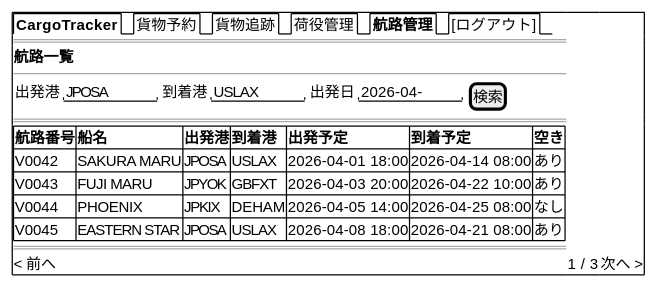
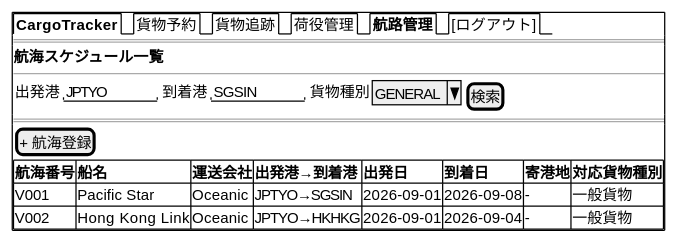
One commit to k2works/case-study-cargo-tracker changed diagram 13 of 19 in docs/design/ui_design.md. Above: the diagram before and after it, drawn with PlantUML. The commit also changed other lines of this file and 7 other files, not shown here.

````diff
--- a/docs/design/ui_design.md
+++ b/docs/design/ui_design.md
@@ -752,23 +779,20 @@
 ```plantuml
 @startsalt
 {+
   {/ <b>CargoTracker</b> | 貨物予約 | 貨物追跡 | 荷役管理 | <b>航路管理</b> | [ログアウト] }
   ==
-  <b>航路一覧</b>
+  <b>航海スケジュール一覧</b>
   --
   {
-    出発港 | "JPOSA    " | 到着港 | "USLAX    " | 出発日 | "2026-04-  " | [検索]
+    出発港 | "JPTYO    " | 到着港 | "SGSIN    " | 貨物種別 | ^GENERAL^ | [検索]
   }
   ==
+  [+ 航海登録]
   {#
-    **航路番号** | **船名**     | **出発港** | **到着港** | **出発予定**     | **到着予定**     | **空き**
-    V0042        | SAKURA MARU  | JPOSA      | USLAX      | 2026-04-01 18:00 | 2026-04-14 08:00 | あり
-    V0043        | FUJI MARU    | JPYOK      | GBFXT      | 2026-04-03 20:00 | 2026-04-22 10:00 | あり
-    V0044        | PHOENIX      | JPKIX      | DEHAM      | 2026-04-05 14:00 | 2026-04-25 08:00 | なし
-    V0045        | EASTERN STAR | JPOSA      | USLAX      | 2026-04-08 18:00 | 2026-04-21 08:00 | あり
+    **航海番号** | **船名**       | **運送会社** | **出発港→到着港** | **出発日**   | **到着日**   | **寄港地** | **対応貨物種別**
+    V001         | Pacific Star   | Oceanic      | JPTYO→SGSIN       | 2026-09-01 | 2026-09-08 | -          | 一般貨物
+    V002         | Hong Kong Link  | Oceanic      | JPTYO→HKHKG       | 2026-09-01 | 2026-09-04 | -          | 一般貨物
   }
-  ==
-  < 前へ | 1 / 3 | 次へ >
 }
 @endsalt
 ```
````
